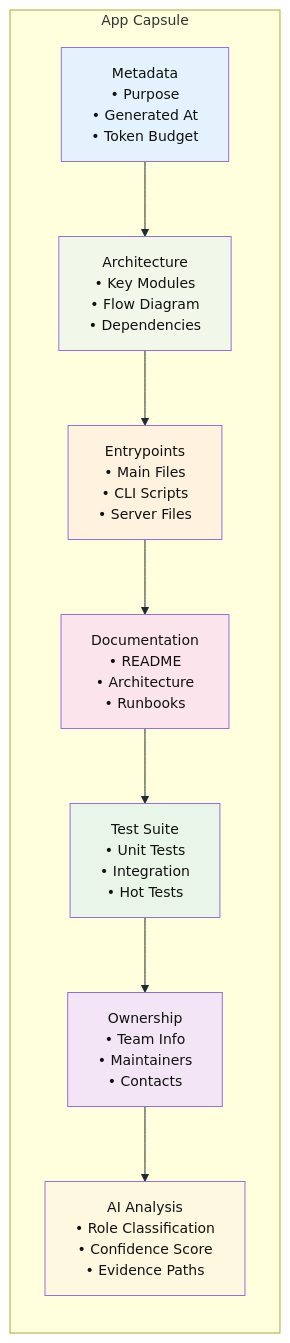
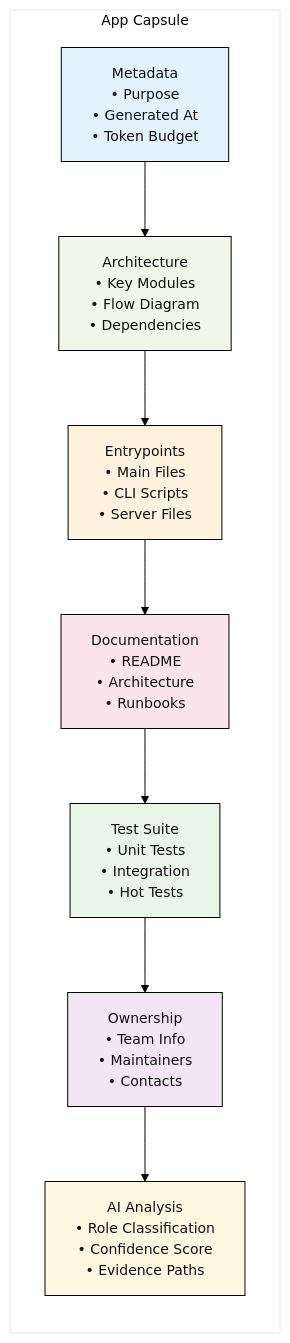
Before and after one commit to atifshafi/workspace-mcp: the third of 4 diagrams in README.md, drawn with Mermaid. The commit also changed other lines of this file, not shown here.

````diff
--- a/README.md
+++ b/README.md
@@ -139,36 +139,36 @@
 ```mermaid
-%%{init: {"theme": "default", "themeVariables": {"primaryTextColor": "#111111", "secondaryTextColor": "#111111", "tertiaryTextColor": "#111111", "lineColor": "#1f2937", "fontSize": "14px"}} }%%
+%%{init: {"theme": "base", "themeVariables": {"primaryColor": "#ffffff", "primaryTextColor": "#000000", "primaryBorderColor": "#000000", "lineColor": "#000000", "secondaryColor": "#f0f0f0", "tertiaryColor": "#ffffff", "background": "#ffffff", "mainBkg": "#ffffff", "secondaryTextColor": "#000000", "tertiaryTextColor": "#000000", "fontSize": "14px"}} }%%
 graph LR
     subgraph "App Capsule"
         direction TB
         
         META[Metadata<br/>• Purpose<br/>• Generated At<br/>• Token Budget]
         
         ARCH[Architecture<br/>• Key Modules<br/>• Flow Diagram<br/>• Dependencies]
         
         ENTRY[Entrypoints<br/>• Main Files<br/>• CLI Scripts<br/>• Server Files]
         
         DOCS[Documentation<br/>• README<br/>• Architecture<br/>• Runbooks]
         
         TESTS[Test Suite<br/>• Unit Tests<br/>• Integration<br/>• Hot Tests]
         
         OWNERS[Ownership<br/>• Team Info<br/>• Maintainers<br/>• Contacts]
         
         AI[AI Analysis<br/>• Role Classification<br/>• Confidence Score<br/>• Evidence Paths]
     end
     
     META --> ARCH
     ARCH --> ENTRY
     ENTRY --> DOCS
     DOCS --> TESTS
     TESTS --> OWNERS
     OWNERS --> AI
     
     style META fill:#e3f2fd,color:#111111
     style ARCH fill:#f1f8e9,color:#111111
     style ENTRY fill:#fff3e0,color:#111111
     style DOCS fill:#fce4ec,color:#111111
     style TESTS fill:#e8f5e8,color:#111111
     style OWNERS fill:#f3e5f5,color:#111111
     style AI fill:#fff8e1,color:#111111
 ```
````
